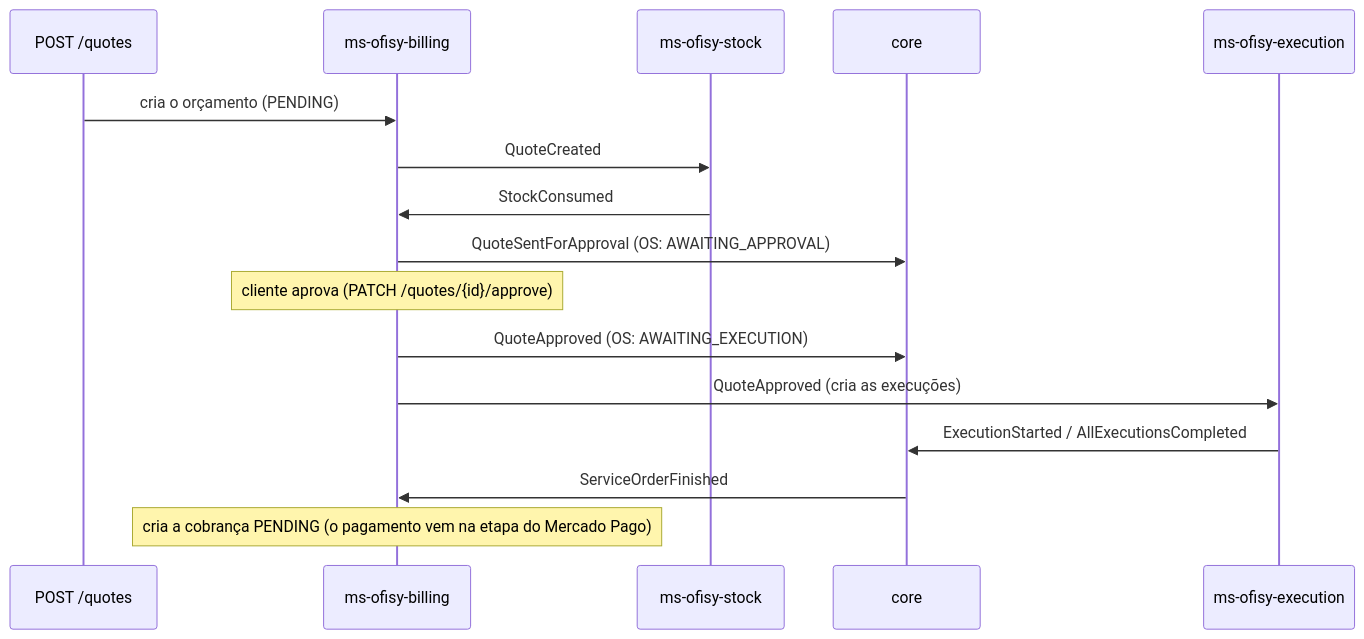
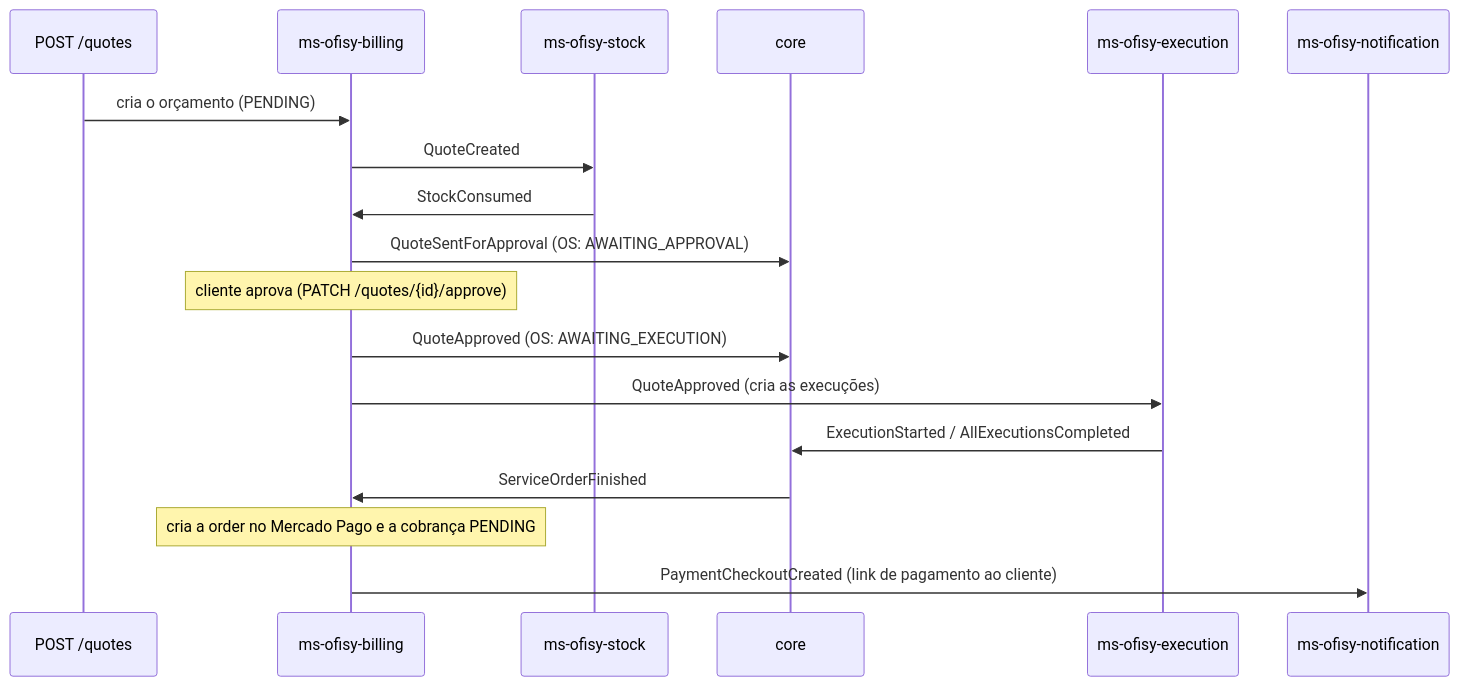
One commit to 15SOAT-FIAP/ms-ofisy-billing changed the fourth of 4 diagrams in docs/MESSAGING.md. Above: the diagram before and after it, drawn with Mermaid. The commit also changed other lines of this file, not shown here.

Commit message:
docs: documentar a criação do checkout e o evento PaymentCheckoutCreated

````diff
--- a/docs/MESSAGING.md
+++ b/docs/MESSAGING.md
@@ -420,19 +443,21 @@
 ```mermaid
 sequenceDiagram
     participant API as POST /quotes
     participant B as ms-ofisy-billing
     participant S as ms-ofisy-stock
     participant C as core
     participant E as ms-ofisy-execution
+    participant N as ms-ofisy-notification
 
     API->>B: cria o orçamento (PENDING)
     B->>S: QuoteCreated
     S->>B: StockConsumed
     B->>C: QuoteSentForApproval (OS: AWAITING_APPROVAL)
     Note over B: cliente aprova (PATCH /quotes/{id}/approve)
     B->>C: QuoteApproved (OS: AWAITING_EXECUTION)
     B->>E: QuoteApproved (cria as execuções)
     E->>C: ExecutionStarted / AllExecutionsCompleted
     C->>B: ServiceOrderFinished
-    Note over B: cria a cobrança PENDING (o pagamento vem na etapa do Mercado Pago)
+    Note over B: cria a order no Mercado Pago e a cobrança PENDING
+    B->>N: PaymentCheckoutCreated (link de pagamento ao cliente)
 ```
````
